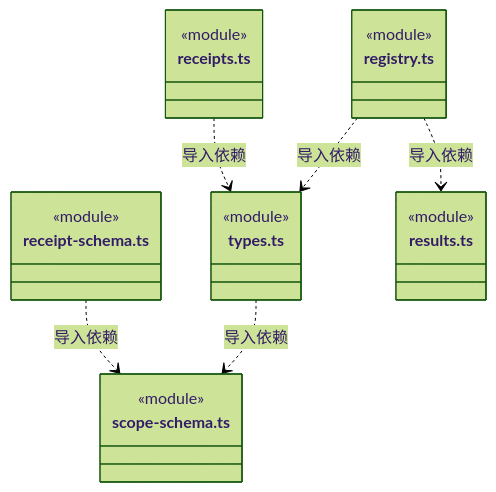
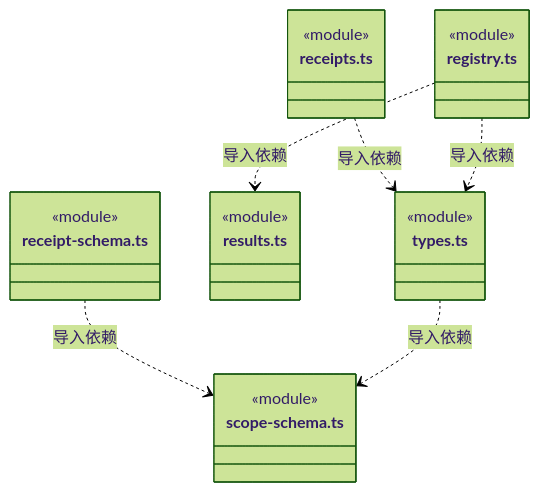
Before and after one commit to nan023062/cbim: the third of 17 diagrams in src/logic/tools/rules/ARCHITECTURE.md, drawn with Mermaid (forest theme). The commit also changed other lines of this file and 112 other files, not shown here.

Commit message:
docs: align source architecture with current declarations and contracts

````diff
--- a/src/logic/tools/rules/ARCHITECTURE.md
+++ b/src/logic/tools/rules/ARCHITECTURE.md
@@ -196,26 +196,26 @@
 ```mermaid
 classDiagram
 class N_src_logic_tools_rules_receipt_schema_ts["receipt-schema.ts"] {
   <<module>>
 }
 class N_src_logic_tools_rules_receipts_ts["receipts.ts"] {
   <<module>>
 }
 class N_src_logic_tools_rules_registry_ts["registry.ts"] {
   <<module>>
 }
 class N_src_logic_tools_rules_results_ts["results.ts"] {
   <<module>>
 }
 class N_src_logic_tools_rules_scope_schema_ts["scope-schema.ts"] {
   <<module>>
 }
 class N_src_logic_tools_rules_types_ts["types.ts"] {
   <<module>>
 }
 N_src_logic_tools_rules_receipt_schema_ts ..> N_src_logic_tools_rules_scope_schema_ts : 导入依赖
 N_src_logic_tools_rules_receipts_ts ..> N_src_logic_tools_rules_types_ts : 导入依赖
+N_src_logic_tools_rules_registry_ts ..> N_src_logic_tools_rules_results_ts : 导入依赖
 N_src_logic_tools_rules_registry_ts ..> N_src_logic_tools_rules_types_ts : 导入依赖
-N_src_logic_tools_rules_registry_ts ..> N_src_logic_tools_rules_results_ts : 导入依赖
 N_src_logic_tools_rules_types_ts ..> N_src_logic_tools_rules_scope_schema_ts : 导入依赖
 ```
````
